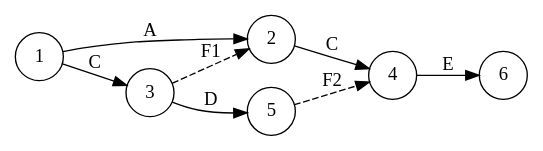
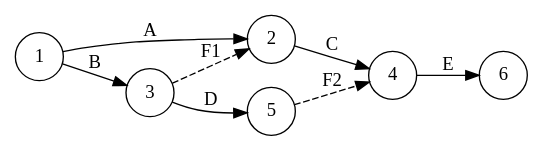
The diagram in Ejercicios/entrega_bloque_1/grafos_tema3/grafo1.dot (x1n4px/Planificaci-n-de-proyectos-y-Analisis-de-riesgos), drawn with Graphviz before and after one commit. The commit also changed 17 other files, not shown here.

```diff
--- a/Ejercicios/entrega_bloque_1/grafos_tema3/grafo1.dot
+++ b/Ejercicios/entrega_bloque_1/grafos_tema3/grafo1.dot
@@ -1,12 +1,12 @@
 digraph G {
     rankdir=LR;
     node [shape=circle];
     edge [splines=line];
     1 -> 2 [label="A"];
-    1 -> 3 [label="C"];
+    1 -> 3 [label="B"];
     3 -> 5 [label="D"];
     2 -> 4 [label="C"];
     4 -> 6 [label="E"];
     3 -> 2 [label="F1", style=dashed];
     5 -> 4 [label="F2", style=dashed];
 }
```
